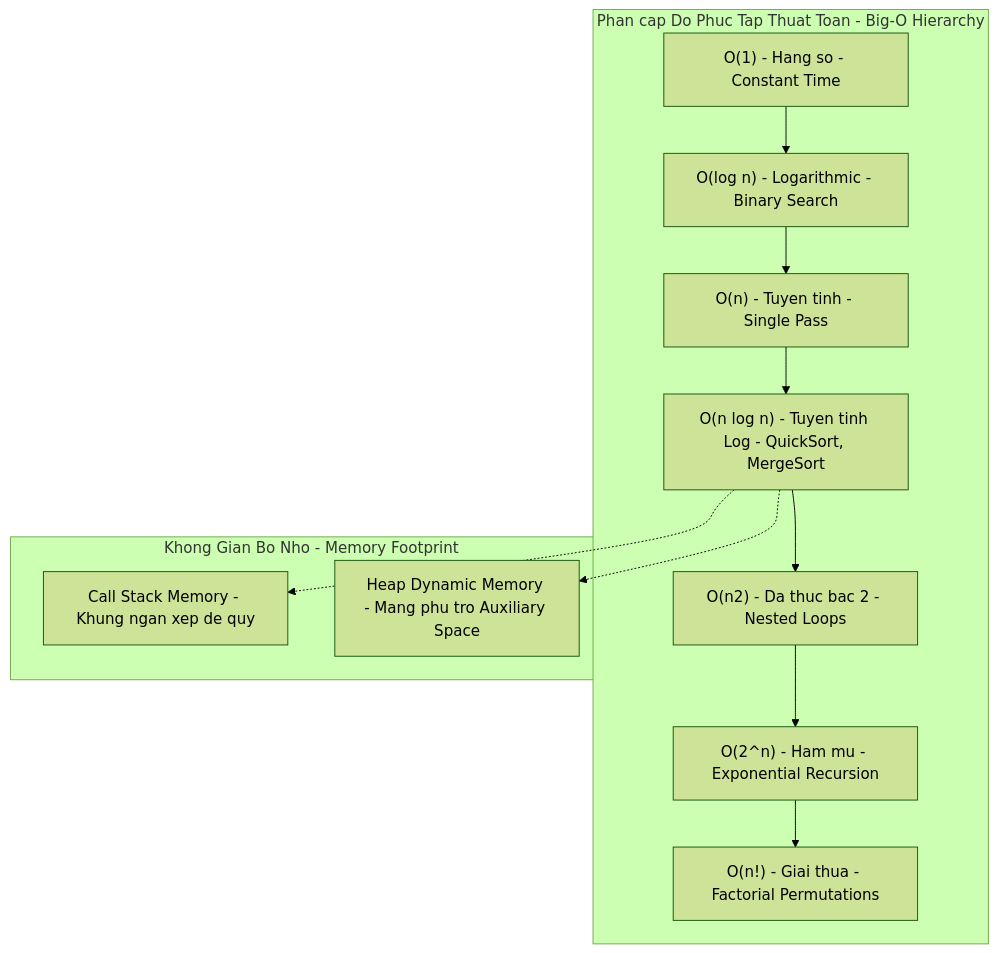
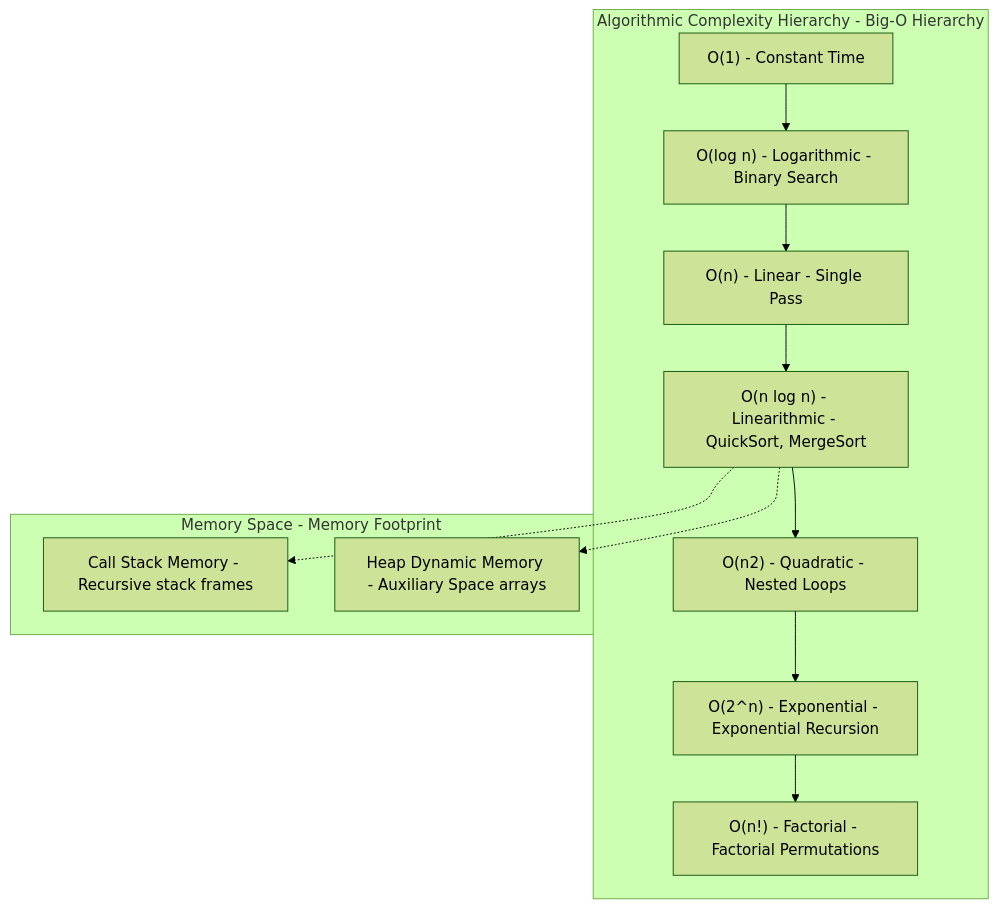
The diagram in src/data/blog/en/27-2026-06-04-algorithmic-efficiency-metrics-time-space-complexity-big-o.md (ga2631/ga2631.github.io), drawn with Mermaid (forest theme) before and after one commit. The commit also changed other lines of this file and 74 other files, not shown here.

````diff
--- a/src/data/blog/en/27-2026-06-04-algorithmic-efficiency-metrics-time-space-complexity-big-o.md
+++ b/src/data/blog/en/27-2026-06-04-algorithmic-efficiency-metrics-time-space-complexity-big-o.md
@@ -54,21 +54,21 @@
 ```mermaid
 flowchart TD
-    subgraph BigOComplexity [Phan cap Do Phuc Tap Thuat Toan - Big-O Hierarchy]
-        O1["O(1) - Hang so - Constant Time"]
+    subgraph BigOComplexity [Algorithmic Complexity Hierarchy - Big-O Hierarchy]
+        O1["O(1) - Constant Time"]
         OLogN["O(log n) - Logarithmic - Binary Search"]
-        ON["O(n) - Tuyen tinh - Single Pass"]
-        ONLogN["O(n log n) - Tuyen tinh Log - QuickSort, MergeSort"]
-        ON2["O(n2) - Da thuc bac 2 - Nested Loops"]
-        O2N["O(2^n) - Ham mu - Exponential Recursion"]
-        ONFact["O(n!) - Giai thua - Factorial Permutations"]
+        ON["O(n) - Linear - Single Pass"]
+        ONLogN["O(n log n) - Linearithmic - QuickSort, MergeSort"]
+        ON2["O(n2) - Quadratic - Nested Loops"]
+        O2N["O(2^n) - Exponential - Exponential Recursion"]
+        ONFact["O(n!) - Factorial - Factorial Permutations"]
     end
 
-    subgraph SpaceDimensions [Khong Gian Bo Nho - Memory Footprint]
-        StackMem["Call Stack Memory - Khung ngan xep de quy"]
-        HeapMem["Heap Dynamic Memory - Mang phu tro Auxiliary Space"]
+    subgraph SpaceDimensions [Memory Space - Memory Footprint]
+        StackMem["Call Stack Memory - Recursive stack frames"]
+        HeapMem["Heap Dynamic Memory - Auxiliary Space arrays"]
     end
 
     O1 --> OLogN --> ON --> ONLogN --> ON2 --> O2N --> ONFact
     ONLogN -.-> StackMem
     ONLogN -.-> HeapMem
 ```
````
